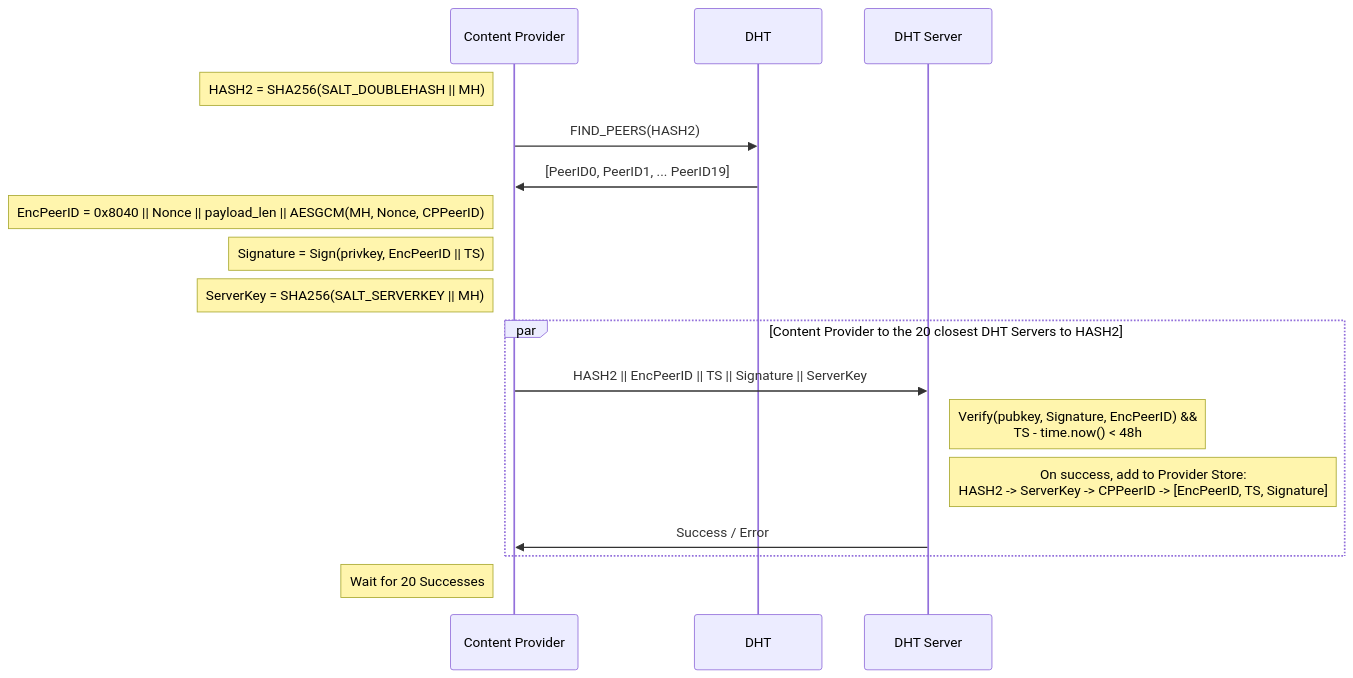
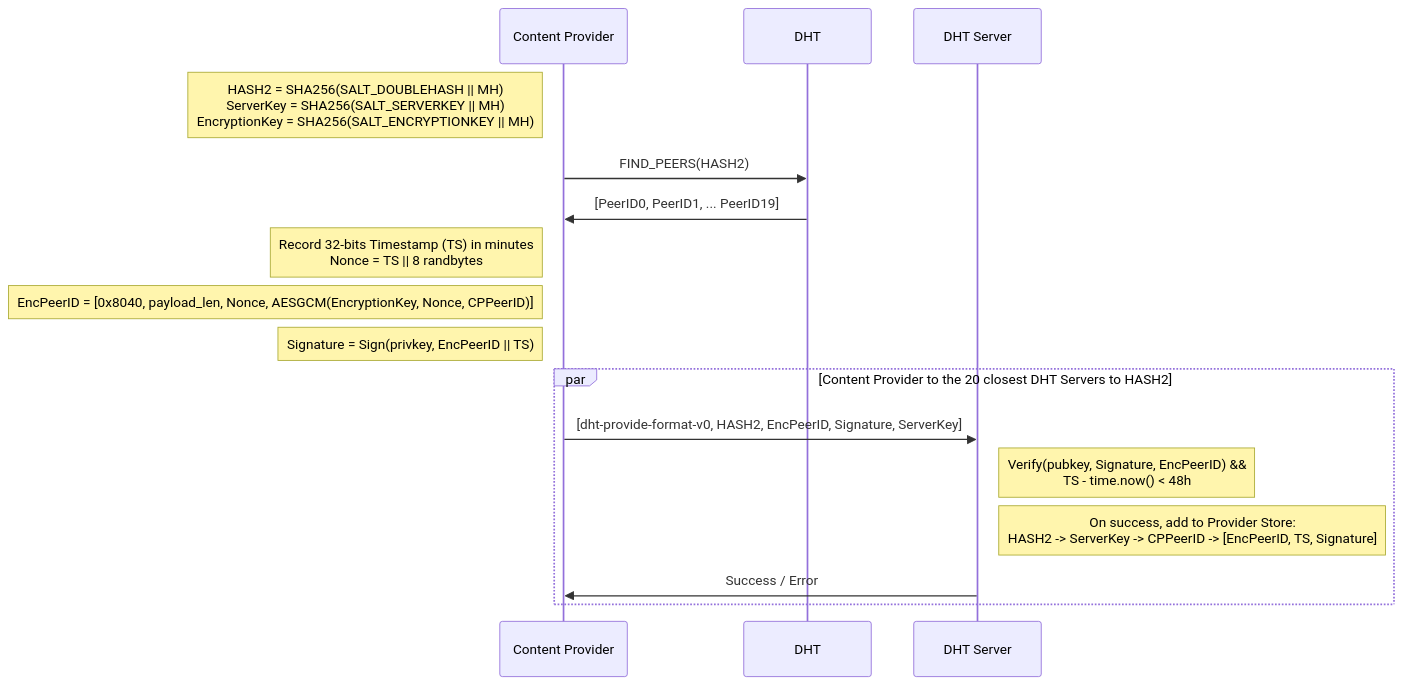
One commit to ipfs/specs changed the first of 2 diagrams in IPIP/0373-double-hash-dht.md. Above: the diagram before and after it, drawn with Mermaid. The commit also changed other lines of this file, not shown here.

Commit message:
data format update

````diff
--- a/IPIP/0373-double-hash-dht.md
+++ b/IPIP/0373-double-hash-dht.md
@@ -97,26 +168,24 @@
 ```mermaid
 sequenceDiagram
     participant CP as Content Provider
     participant DHT
     participant Server as DHT Server
 
-    Note left of CP: HASH2 = SHA256(SALT_DOUBLEHASH || MH)
+    Note left of CP: HASH2 = SHA256(SALT_DOUBLEHASH || MH)<br>ServerKey = SHA256(SALT_SERVERKEY || MH)<br>EncryptionKey = SHA256(SALT_ENCRYPTIONKEY || MH)
 
     CP->>DHT: FIND_PEERS(HASH2)
     DHT->>CP: [PeerID0, PeerID1, ... PeerID19]
 
-    Note left of CP: EncPeerID = 0x8040 || Nonce || payload_len || AESGCM(MH, Nonce, CPPeerID)
+    Note left of CP: Record 32-bits Timestamp (TS) in minutes<br>Nonce = TS || 8 randbytes
+    Note left of CP: EncPeerID = [0x8040, payload_len, Nonce, AESGCM(EncryptionKey, Nonce, CPPeerID)]
     Note left of CP: Signature = Sign(privkey, EncPeerID || TS)
-    Note left of CP: ServerKey = SHA256(SALT_SERVERKEY || MH)
 
     par Content Provider to the 20 closest DHT Servers to HASH2
-        CP->>Server: HASH2 || EncPeerID || TS || Signature || ServerKey
+        CP->>Server: [dht-provide-format-v0, HASH2, EncPeerID, Signature, ServerKey]
     
-    Note right of Server: Verify(pubkey, Signature, EncPeerID) &&<br>TS - time.now() < 48h
-    Note right of Server: On success, add to Provider Store:<br>HASH2 -> ServerKey -> CPPeerID -> [EncPeerID, TS, Signature]
+        Note right of Server: Verify(pubkey, Signature, EncPeerID) &&<br>TS - time.now() < 48h
+        Note right of Server: On success, add to Provider Store:<br>HASH2 -> ServerKey -> CPPeerID -> [EncPeerID, TS, Signature]
 
-    Server->>CP: Success / Error
+        Server->>CP: Success / Error
     end
-
-    Note left of CP: Wait for 20 Successes
 ```
````
